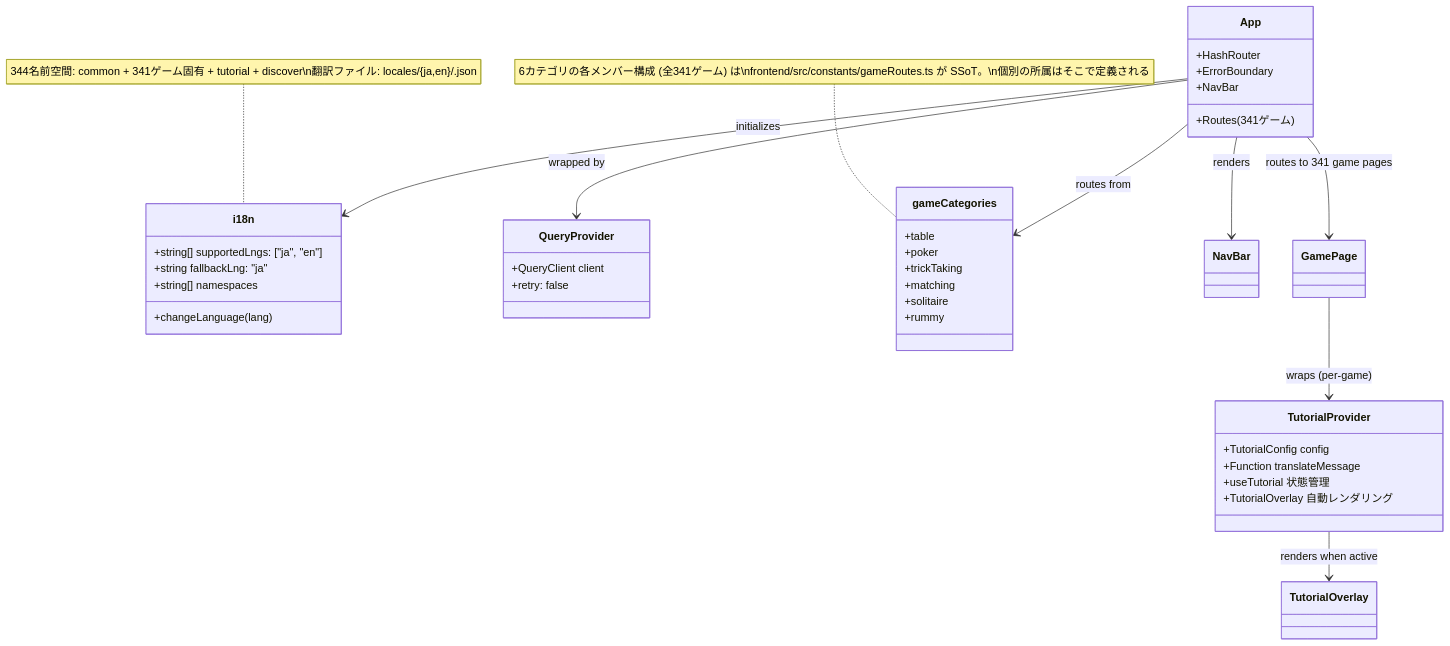
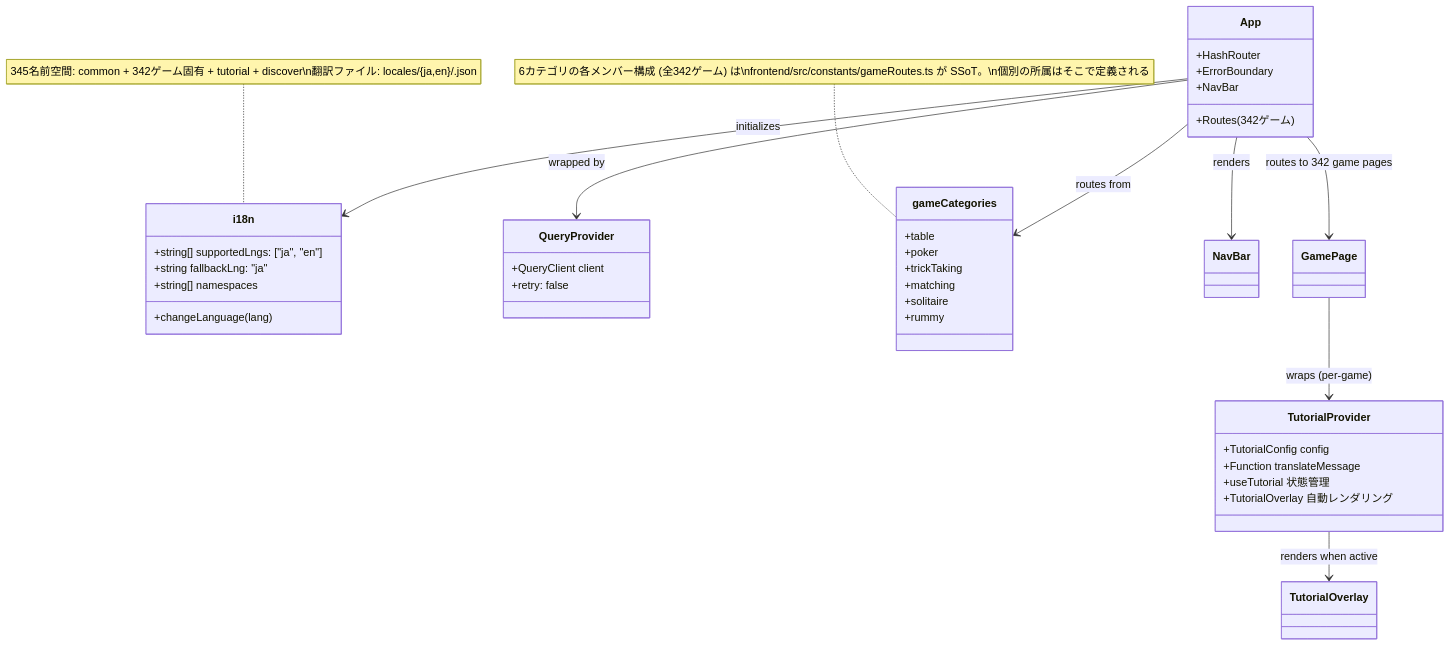
Before and after one commit to yuta-yoshinaga/go_trumpcards: the ninth of 49 diagrams in docs/design/frontend.md, drawn with Mermaid. The commit also changed other lines of this file and 59 other files, not shown here.

````diff
--- a/docs/design/frontend.md
+++ b/docs/design/frontend.md
@@ -1874,48 +1874,48 @@
 ```mermaid
 classDiagram
     class i18n {
         +string[] supportedLngs: ["ja", "en"]
         +string fallbackLng: "ja"
         +string[] namespaces
         +changeLanguage(lang)
     }
 
     class QueryProvider {
         +QueryClient client
         +retry: false
     }
 
     class App {
         +HashRouter
         +ErrorBoundary
         +NavBar
-        +Routes (341ゲーム)
+        +Routes (342ゲーム)
     }
 
     class gameCategories {
         +table
         +poker
         +trickTaking
         +matching
         +solitaire
         +rummy
     }
-    note for gameCategories "6カテゴリの各メンバー構成 (全341ゲーム) は\nfrontend/src/constants/gameRoutes.ts が SSoT。\n個別の所属はそこで定義される"
+    note for gameCategories "6カテゴリの各メンバー構成 (全342ゲーム) は\nfrontend/src/constants/gameRoutes.ts が SSoT。\n個別の所属はそこで定義される"
 
     class TutorialProvider {
         +TutorialConfig config
         +Function translateMessage
         +useTutorial 状態管理
         +TutorialOverlay 自動レンダリング
     }
 
     App --> QueryProvider : wrapped by
     App --> i18n : initializes
     App --> gameCategories : routes from
     App --> NavBar : renders
-    App --> GamePage : routes to 341 game pages
+    App --> GamePage : routes to 342 game pages
     GamePage --> TutorialProvider : wraps (per-game)
     TutorialProvider --> TutorialOverlay : renders when active
 
-    note for i18n "344名前空間: common + 341ゲーム固有 + tutorial + discover\n翻訳ファイル: locales/{ja,en}/<game>.json"
+    note for i18n "345名前空間: common + 342ゲーム固有 + tutorial + discover\n翻訳ファイル: locales/{ja,en}/<game>.json"
 ```
````
